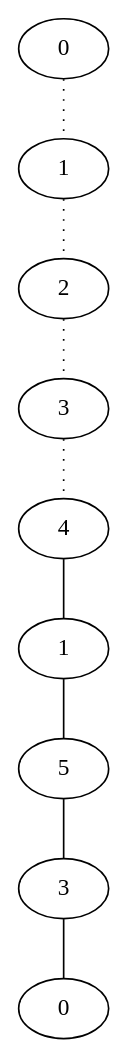
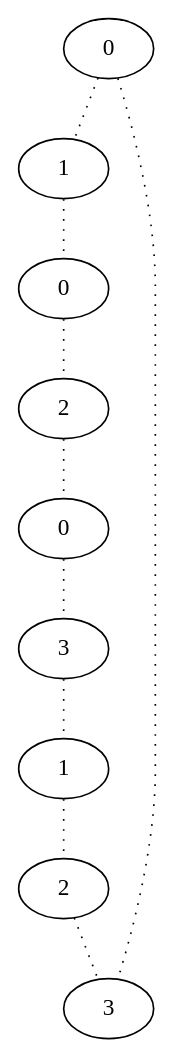
Before and after one commit to d1laj/Stage-M2: the diagram in TestPathsv1/result/9.dot, drawn with Graphviz. The commit also changed 12 other files, not shown here.

```diff
--- a/TestPathsv1/result/9.dot
+++ b/TestPathsv1/result/9.dot
@@ -1,19 +1,20 @@
 graph {
 a[label=0]
 b[label=1]
-c[label=2]
-d[label=3]
-e[label=4]
-f[label=1]
-g[label=5]
-h[label=3]
-i[label=0]
+c[label=0]
+d[label=2]
+e[label=0]
+f[label=3]
+g[label=1]
+h[label=2]
+i[label=3]
 a -- b [style=dotted];
 b -- c [style=dotted];
 c -- d [style=dotted];
 d -- e [style=dotted];
-e -- f;
-f -- g;
-g -- h;
-h -- i;
+e -- f [style=dotted];
+f -- g [style=dotted];
+g -- h [style=dotted];
+h -- i [style=dotted];
+a -- i [style=dotted];
 }
```
